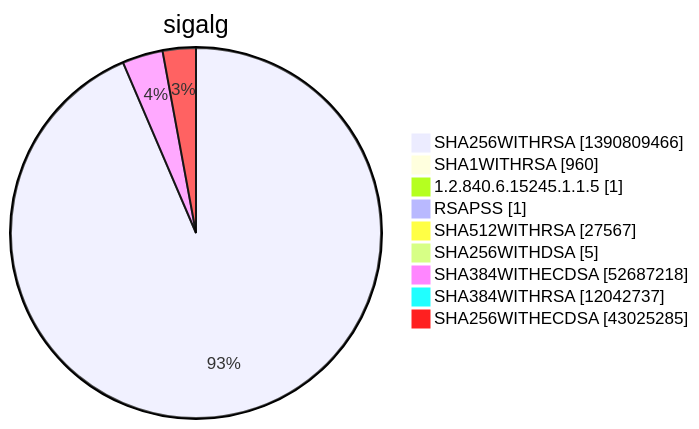
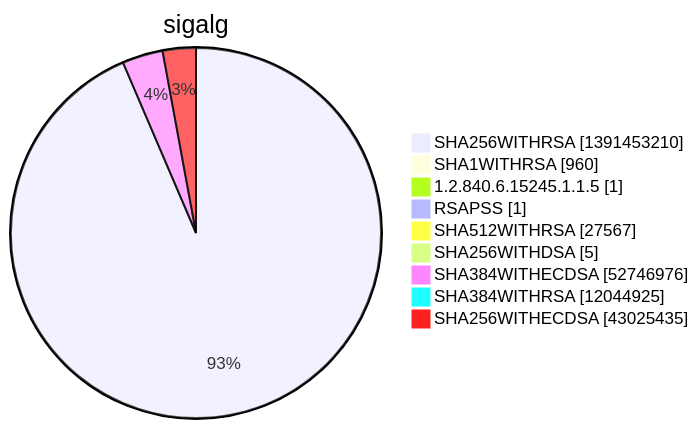
One commit to christiankrug/ctmonitor_visualization changed diagram 15 of 15 in argon2022/README.md. Above: the diagram before and after it, drawn with Mermaid. The commit also changed other lines of this file, not shown here.

````diff
--- a/argon2022/README.md
+++ b/argon2022/README.md
@@ -5524,13 +5524,13 @@
 ```mermaid
 pie showData
 title sigalg
-"SHA256WITHRSA" :1390809466
+"SHA256WITHRSA" :1391453210
 "SHA1WITHRSA" :960
 "1.2.840.6.15245.1.1.5" :1
 "RSAPSS" :1
 "SHA512WITHRSA" :27567
 "SHA256WITHDSA" :5
-"SHA384WITHECDSA" :52687218
-"SHA384WITHRSA" :12042737
-"SHA256WITHECDSA" :43025285
+"SHA384WITHECDSA" :52746976
+"SHA384WITHRSA" :12044925
+"SHA256WITHECDSA" :43025435
 ```
````
